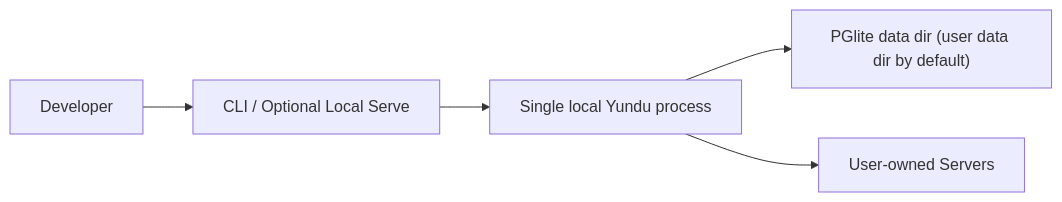
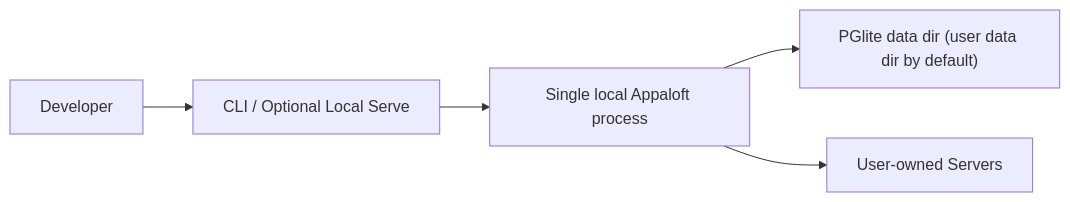
One commit to appaloft/appaloft changed the third of 5 diagrams in docs/ARCHITECTURE.md. Above: the diagram before and after it, drawn with Mermaid. The commit also changed other lines of this file and 470 other files, not shown here.

````diff
--- a/docs/ARCHITECTURE.md
+++ b/docs/ARCHITECTURE.md
@@ -46,7 +46,7 @@
 ```mermaid
 flowchart LR
   Dev["Developer"] --> CLI["CLI / Optional Local Serve"]
-  CLI --> API["Single local Yundu process"]
+  CLI --> API["Single local Appaloft process"]
   API --> PG["PGlite data dir (user data dir by default)"]
   API --> Targets["User-owned Servers"]
 ```
````
